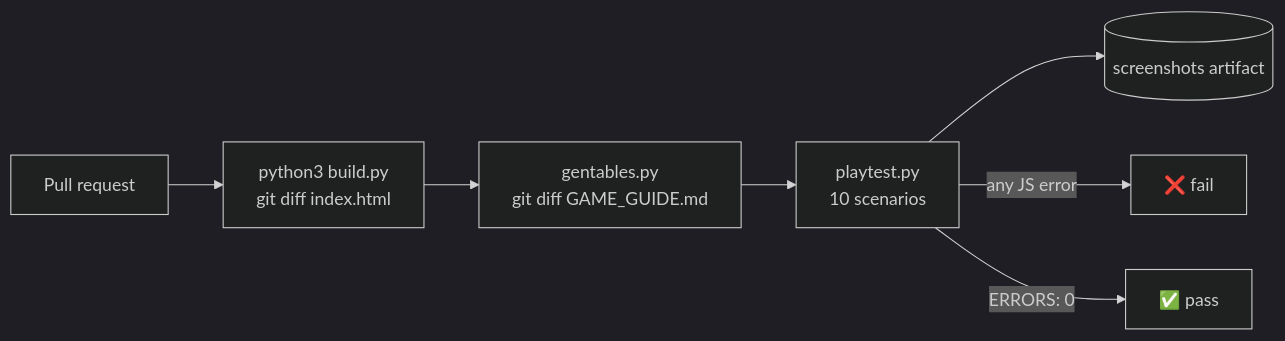
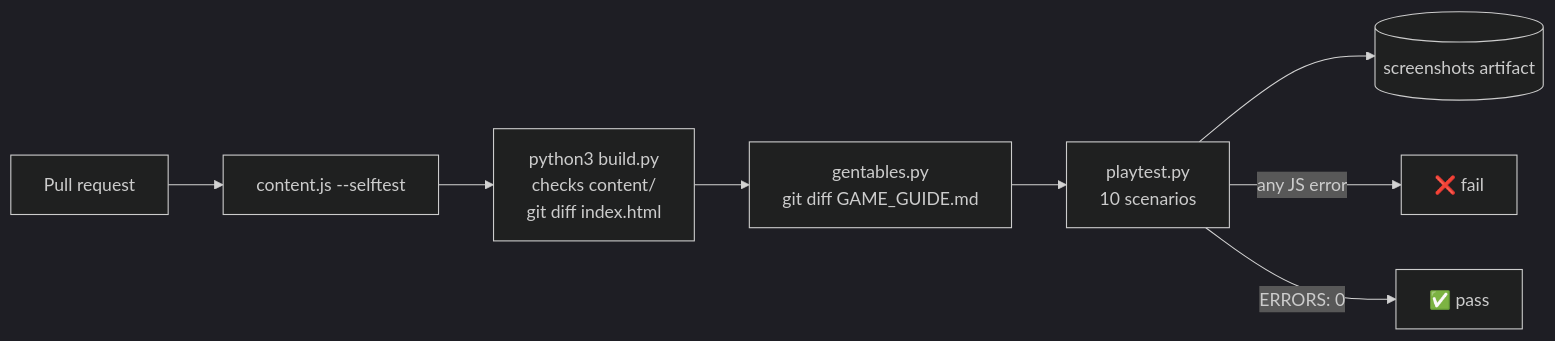
Before and after one commit to CptNope/Laternfall: the fourth of 4 diagrams in docs/TESTING.md, drawn with Mermaid (dark theme). The commit also changed other lines of this file and 25 other files, not shown here.

````diff
--- a/docs/TESTING.md
+++ b/docs/TESTING.md
@@ -235,9 +236,9 @@
 ```mermaid
 flowchart LR
-    PR[Pull request] --> B[python3 build.py<br/>git diff index.html]
+    PR[Pull request] --> CS[content.js --selftest] --> B[python3 build.py<br/>checks content/<br/>git diff index.html]
     B --> GG[gentables.py<br/>git diff GAME_GUIDE.md]
     GG --> PT[playtest.py<br/>10 scenarios]
     PT --> A[(screenshots artifact)]
     PT -->|any JS error| X[❌ fail]
     PT -->|ERRORS: 0| OK[✅ pass]
 ```
````
